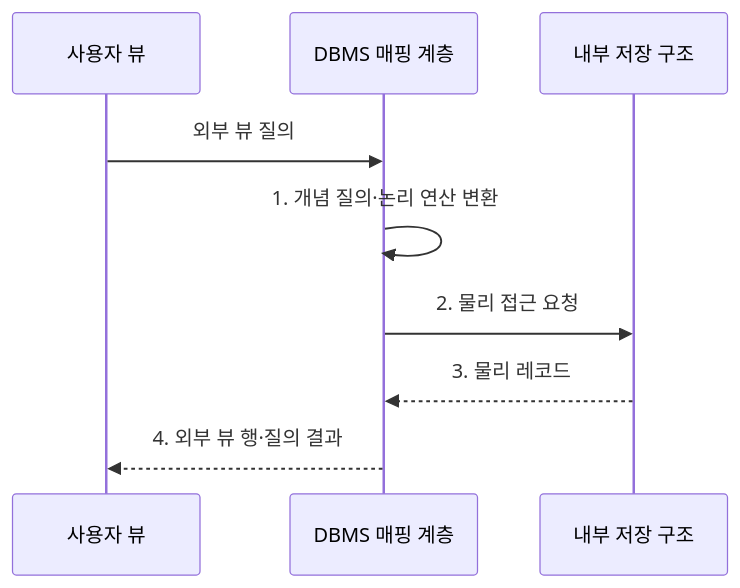
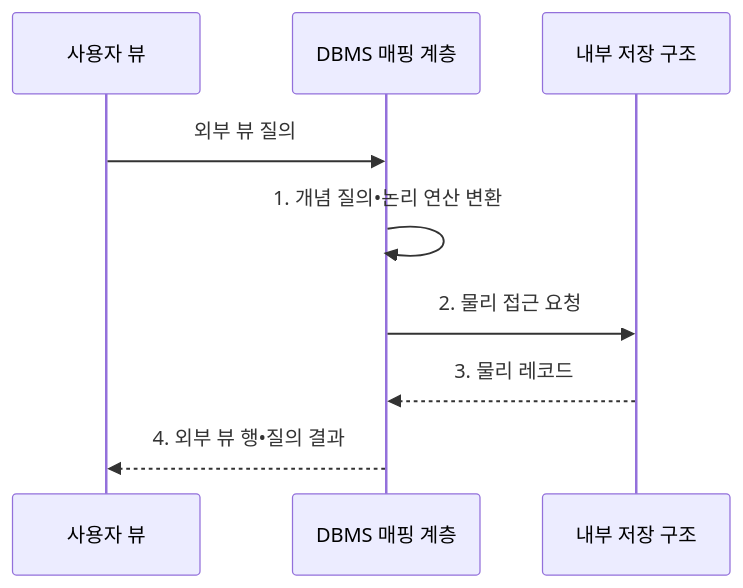
The second of 2 diagrams in src/content/docs/notes/03-software/112_three_level_schema.md (agnusdei1207/knowledge-base), drawn with Mermaid before and after one commit. The commit also changed other lines of this file and 953 other files, not shown here.

````diff
--- a/src/content/docs/notes/03-software/112_three_level_schema.md
+++ b/src/content/docs/notes/03-software/112_three_level_schema.md
@@ -106,11 +106,11 @@
 ```mermaid
 sequenceDiagram
     participant U as 사용자 뷰
     participant D as DBMS 매핑 계층
     participant S as 내부 저장 구조
     U->>D: 외부 뷰 질의
-    D->>D: 1. 개념 질의·논리 연산 변환
+    D->>D: 1. 개념 질의•논리 연산 변환
     D->>S: 2. 물리 접근 요청
     S-->>D: 3. 물리 레코드
-    D-->>U: 4. 외부 뷰 행·질의 결과
+    D-->>U: 4. 외부 뷰 행•질의 결과
 ```
````
